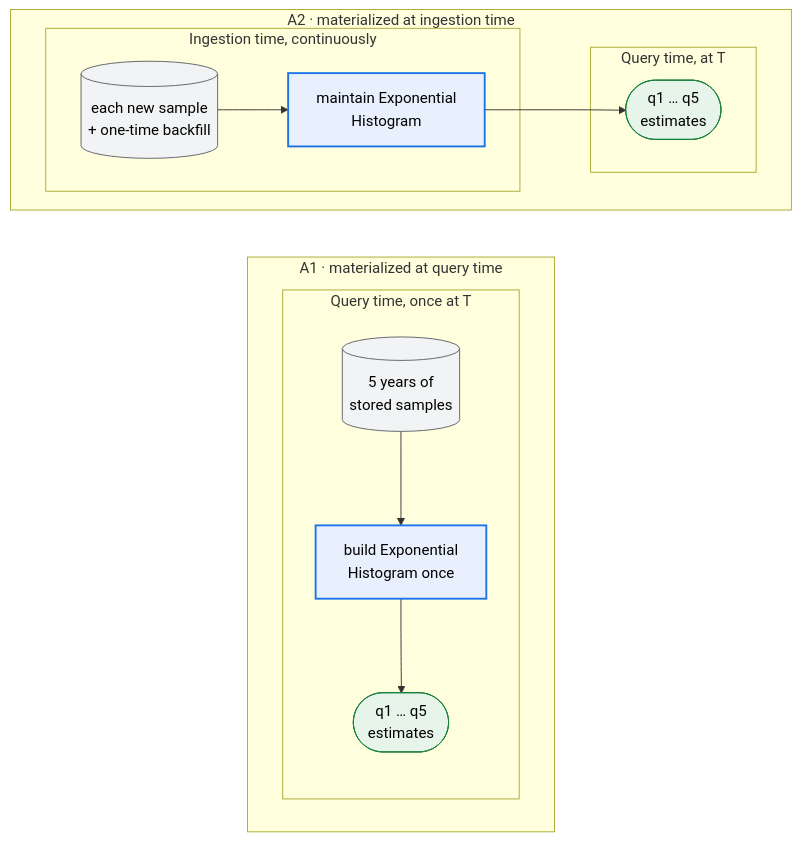
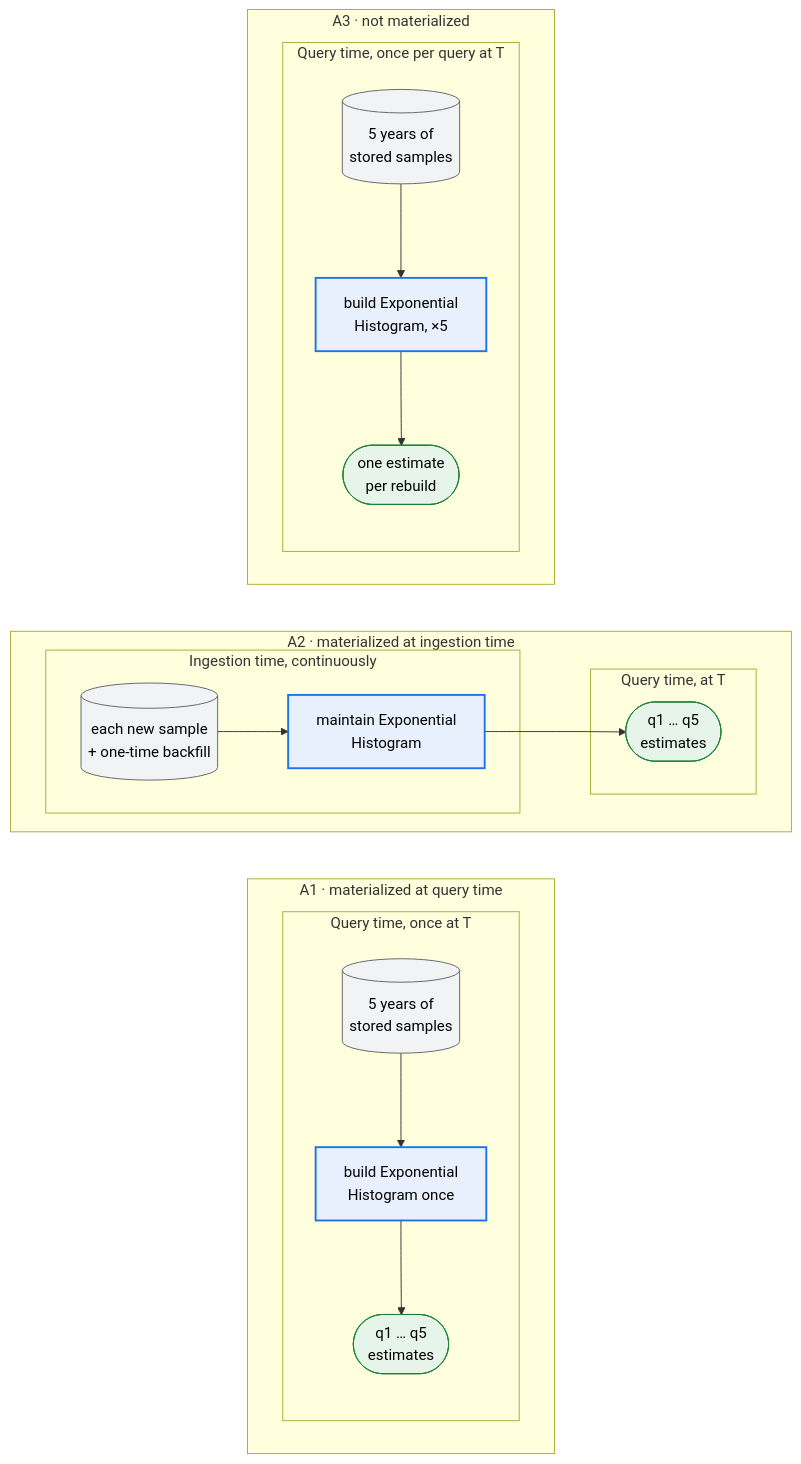
The ninth of 10 diagrams in docs/design_docs/proposals/planner-layering.md (ProjectASAP/ASAPPlanner), drawn with Mermaid before and after one commit. The commit also changed other lines of this file, not shown here.

````diff
--- a/docs/design_docs/proposals/planner-layering.md
+++ b/docs/design_docs/proposals/planner-layering.md
@@ -817,24 +849,30 @@
 ```mermaid
 flowchart LR
   subgraph A1["A1 · materialized at query time"]
     direction LR
     subgraph A1Q["Query time, once at T"]
       s3[("5 years of<br/>stored samples")]:::data --> h3["build Exponential<br/>Histogram once"]:::summary
       h3 --> r3(["q1 … q5<br/>estimates"]):::estimate
     end
   end
   subgraph A2["A2 · materialized at ingestion time"]
     direction LR
     subgraph A2I["Ingestion time, continuously"]
       s4[("each new sample<br/>+ one-time backfill")]:::data --> h4["maintain Exponential<br/>Histogram"]:::summary
     end
     subgraph A2Q["Query time, at T"]
       r4(["q1 … q5<br/>estimates"]):::estimate
     end
     h4 --> r4
   end
+  subgraph A3["A3 · not materialized"]
+    direction LR
+    subgraph A3Q["Query time, once per query at T"]
+      s6[("5 years of<br/>stored samples")]:::data --> h6["build Exponential<br/>Histogram, ×5"]:::summary --> r6(["one estimate<br/>per rebuild"]):::estimate
+    end
+  end
   classDef data fill:#f1f3f4,stroke:#5f6368,color:#000;
   classDef exact fill:#fff,stroke:#5f6368,color:#000;
   classDef summary fill:#e8f0fe,stroke:#1a73e8,stroke-width:2px,color:#000;
   classDef estimate fill:#e6f4ea,stroke:#188038,color:#000;
 ```
````
